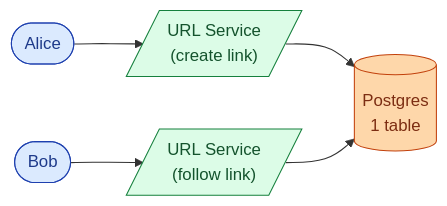
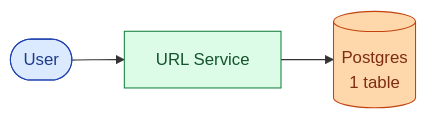
One commit to shiningflash/system-design changed the second of 10 diagrams in problems/001-url-shortener/question.md. Above: the diagram before and after it, drawn with Mermaid. The commit also changed other lines of this file and 1 other file, not shown here.

First line of the commit message:
Rewrite URL shortener problem & solution

````diff
--- a/problems/001-url-shortener/question.md
+++ b/problems/001-url-shortener/question.md
@@ -107,11 +105,9 @@
 ```mermaid
 flowchart LR
-    A([Alice]):::user --> API[/"URL Service<br/>(create link)"/]:::app
-    API --> DB[("Postgres<br/>1 table")]:::db
-    B([Bob]):::user --> API2[/"URL Service<br/>(follow link)"/]:::app
-    API2 --> DB
+    A([User]):::user --> S["URL Service"]:::app
+    S --> DB[("Postgres<br/>1 table")]:::db
 
     classDef user fill:#dbeafe,stroke:#1e40af,color:#1e3a8a
     classDef app fill:#dcfce7,stroke:#15803d,color:#14532d
     classDef db fill:#fed7aa,stroke:#c2410c,color:#7c2d12
 ```
````
